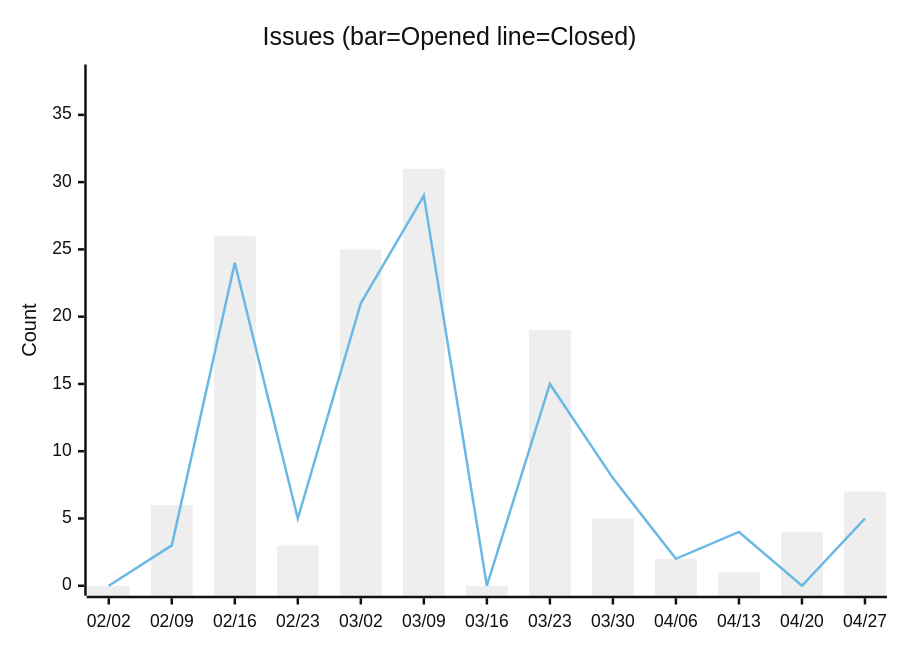
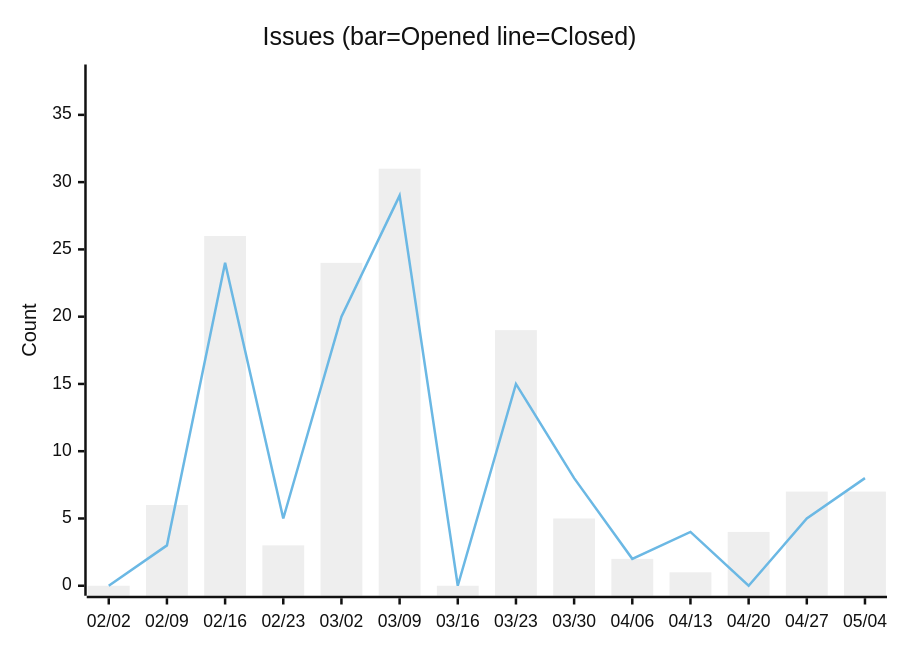
The fifth of 14 diagrams in docs/metrics.md (nablarch/nabledge-dev), drawn with Mermaid (neutral theme) before and after one commit. The commit also changed other lines of this file and 2 other files, not shown here.

````diff
--- a/docs/metrics.md
+++ b/docs/metrics.md
@@ -91,8 +91,8 @@
 ```mermaid
 xychart-beta
   title "Issues (bar=Opened  line=Closed)"
-  x-axis ["02/02", "02/09", "02/16", "02/23", "03/02", "03/09", "03/16", "03/23", "03/30", "04/06", "04/13", "04/20", "04/27"]
+  x-axis ["02/02", "02/09", "02/16", "02/23", "03/02", "03/09", "03/16", "03/23", "03/30", "04/06", "04/13", "04/20", "04/27", "05/04"]
   y-axis "Count" 0 --> 38
-  bar [0, 6, 26, 3, 25, 31, 0, 19, 5, 2, 1, 4, 7]
-  line [0, 3, 24, 5, 21, 29, 0, 15, 8, 2, 4, 0, 5]
+  bar [0, 6, 26, 3, 24, 31, 0, 19, 5, 2, 1, 4, 7, 7]
+  line [0, 3, 24, 5, 20, 29, 0, 15, 8, 2, 4, 0, 5, 8]
 ```
````
